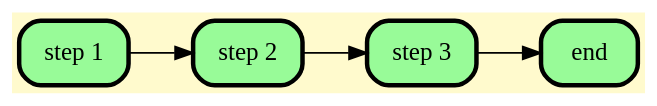
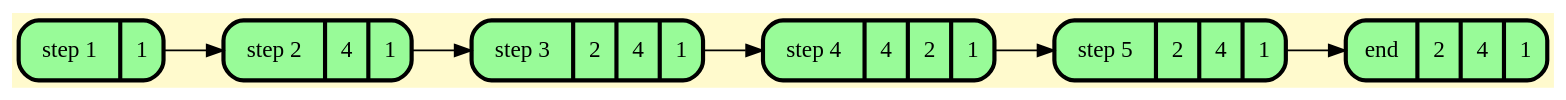
The diagram in graphDump/dump.gv (BulgakovDmitry/LFU_cache), drawn with Graphviz before and after one commit. The commit also changed 5 other files, not shown here.

```diff
--- a/graphDump/dump.gv
+++ b/graphDump/dump.gv
@@ -1,15 +1,19 @@
 digraph G {
     rankdir=LR;
     graph [margin="0.8,1.4"];
     node [style=filled, fontcolor=darkblue,    fillcolor=peachpuff, color="#252A34", penwidth=2.5];
     bgcolor="lemonchiffon";
 
-	node_0 [shape=Mrecord; style = filled; fillcolor = palegreen;color = "#000000"; fontcolor = "#000000";  label=" {step 1} "];
-	node_1 [shape=Mrecord; style = filled; fillcolor = palegreen;color = "#000000"; fontcolor = "#000000";  label=" {step 2} "];
-	node_2 [shape=Mrecord; style = filled; fillcolor = palegreen;color = "#000000"; fontcolor = "#000000";  label=" {step 3} "];
-	node_3 [shape=Mrecord; style = filled; fillcolor = palegreen;color = "#000000"; fontcolor = "#000000";  label=" { end }"];
+	node_0 [shape=Mrecord; style=filled; fillcolor=palegreen; color="#000000"; fontcolor="#000000"; label="{ step 1 | 1 }"];
+	node_1 [shape=Mrecord; style=filled; fillcolor=palegreen; color="#000000"; fontcolor="#000000"; label="{ step 2 | 4 | 1 }"];
+	node_2 [shape=Mrecord; style=filled; fillcolor=palegreen; color="#000000"; fontcolor="#000000"; label="{ step 3 | 2 | 4 | 1 }"];
+	node_3 [shape=Mrecord; style=filled; fillcolor=palegreen; color="#000000"; fontcolor="#000000"; label="{ step 4 | 4 | 2 | 1 }"];
+	node_4 [shape=Mrecord; style=filled; fillcolor=palegreen; color="#000000"; fontcolor="#000000"; label="{ step 5 | 2 | 4 | 1 }"];
+	node_5 [shape=Mrecord; style=filled; fillcolor=palegreen; color="#000000"; fontcolor="#000000"; label="{ end | 2 | 4 | 1 }"];
 
 	node_0 -> node_1
 	node_1 -> node_2
 	node_2 -> node_3
+	node_3 -> node_4
+	node_4 -> node_5
 }
```
